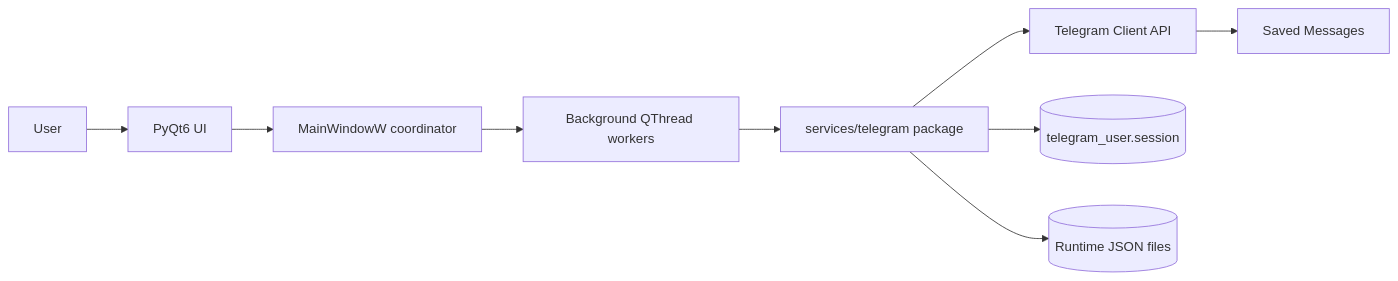
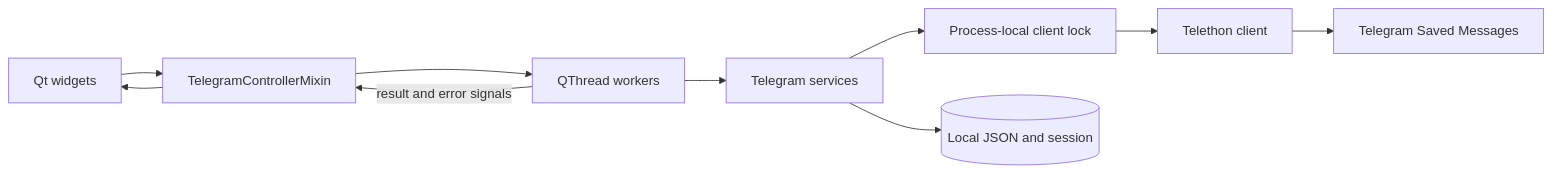
Before and after one commit to Quidden/TextEdtor: the first of 2 diagrams in docs/TELEGRAM_INTEGRATION.md, drawn with Mermaid. The commit also changed other lines of this file and 13 other files, not shown here.

````diff
--- a/docs/TELEGRAM_INTEGRATION.md
+++ b/docs/TELEGRAM_INTEGRATION.md
@@ -48,11 +15,12 @@
 ```mermaid
 flowchart LR
-    U[User] --> UI[PyQt6 UI]
-    UI --> MW[MainWindowW coordinator]
-    MW --> W[Background QThread workers]
-    W --> TS[services/telegram package]
-    TS --> T[Telegram Client API]
-    T --> SM[Saved Messages]
-    TS --> S[(telegram_user.session)]
-    TS --> J[(Runtime JSON files)]
+    UI[Qt widgets] --> C[TelegramControllerMixin]
+    C --> W[QThread workers]
+    W --> S[Telegram services]
+    S --> L[Process-local client lock]
+    L --> T[Telethon client]
+    T --> TG[Telegram Saved Messages]
+    S --> D[(Local JSON and session)]
+    W -->|result and error signals| C
+    C --> UI
 ```
````
